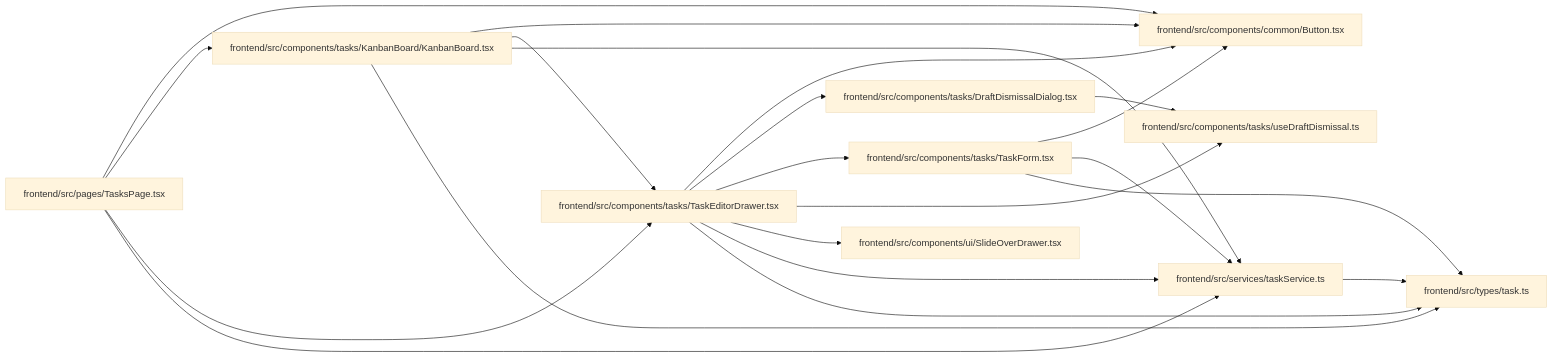
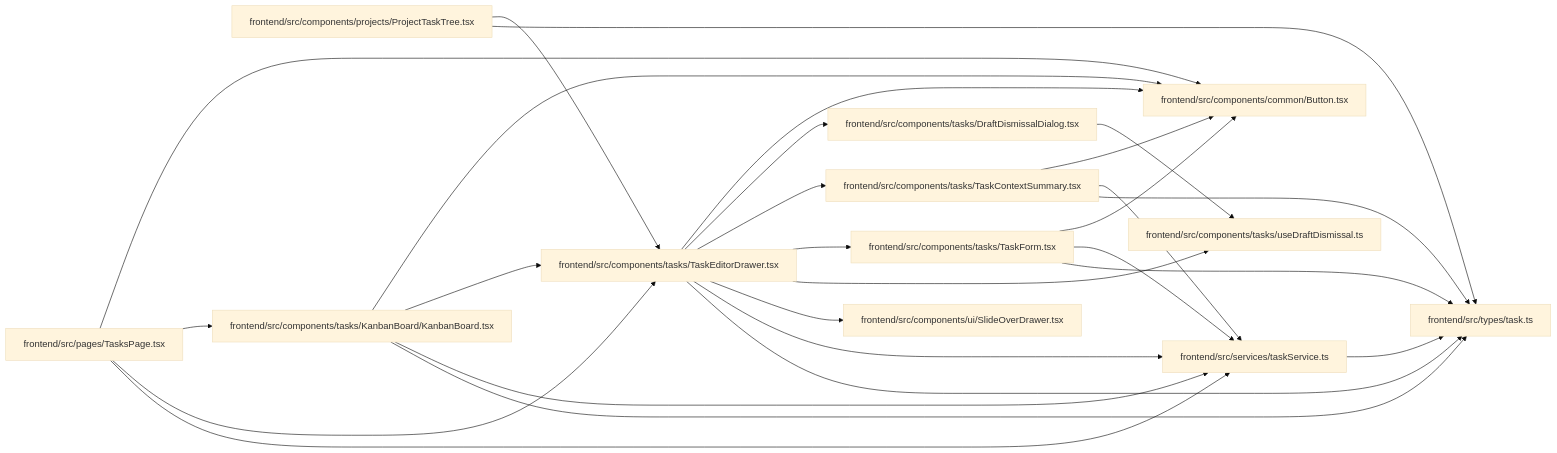
One commit to Denissvgn/WorkChord changed the diagram in docs/llm_wiki/modules/TaskEditorDrawer.md. Above: the diagram before and after it, drawn with Mermaid (base theme). The commit also changed other lines of this file and 1238 other files, not shown here.

First line of the commit message:
docs(wiki): publish compact canonical domain architecture

````diff
--- a/docs/llm_wiki/modules/TaskEditorDrawer.md
+++ b/docs/llm_wiki/modules/TaskEditorDrawer.md
@@ -34,43 +37,53 @@
 ```mermaid
 flowchart LR
     n0["frontend/src/components/common/Button.tsx"]
-    n1["frontend/src/components/tasks/DraftDismissalDialog.tsx"]
-    n2["frontend/src/components/tasks/KanbanBoard/KanbanBoard.tsx"]
-    n3["frontend/src/components/tasks/TaskEditorDrawer.tsx"]
-    n4["frontend/src/components/tasks/TaskForm.tsx"]
-    n5["frontend/src/components/tasks/useDraftDismissal.ts"]
-    n6["frontend/src/components/ui/SlideOverDrawer.tsx"]
-    n7["frontend/src/pages/TasksPage.tsx"]
-    n8["frontend/src/services/taskService.ts"]
-    n9["frontend/src/types/task.ts"]
+    n1["frontend/src/components/projects/ProjectTaskTree.tsx"]
+    n2["frontend/src/components/tasks/DraftDismissalDialog.tsx"]
+    n3["frontend/src/components/tasks/KanbanBoard/KanbanBoard.tsx"]
+    n4["frontend/src/components/tasks/TaskContextSummary.tsx"]
+    n5["frontend/src/components/tasks/TaskEditorDrawer.tsx"]
+    n6["frontend/src/components/tasks/TaskForm.tsx"]
+    n7["frontend/src/components/tasks/useDraftDismissal.ts"]
+    n8["frontend/src/components/ui/SlideOverDrawer.tsx"]
+    n9["frontend/src/pages/TasksPage.tsx"]
+    n10["frontend/src/services/taskService.ts"]
+    n11["frontend/src/types/task.ts"]
     n1 --> n5
-    n2 --> n0
-    n2 --> n3
-    n2 --> n8
-    n2 --> n9
+    n1 --> n11
+    n2 --> n7
     n3 --> n0
-    n3 --> n1
-    n3 --> n4
     n3 --> n5
-    n3 --> n6
-    n3 --> n8
-    n3 --> n9
+    n3 --> n10
+    n3 --> n11
     n4 --> n0
-    n4 --> n8
-    n4 --> n9
-    n7 --> n0
-    n7 --> n2
-    n7 --> n3
-    n7 --> n8
-    n8 --> n9
+    n4 --> n10
+    n4 --> n11
+    n5 --> n0
+    n5 --> n2
+    n5 --> n4
+    n5 --> n6
+    n5 --> n7
+    n5 --> n8
+    n5 --> n10
+    n5 --> n11
+    n6 --> n0
+    n6 --> n10
+    n6 --> n11
+    n9 --> n0
+    n9 --> n3
+    n9 --> n5
+    n9 --> n10
+    n10 --> n11
     click n0 "../modules/Button.md"
-    click n1 "../modules/DraftDismissalDialog.md"
-    click n2 "../modules/KanbanBoard.md"
-    click n3 "../modules/TaskEditorDrawer.md"
-    click n4 "../modules/TaskForm.md"
-    click n5 "../modules/useDraftDismissal.md"
-    click n6 "../modules/SlideOverDrawer.md"
-    click n7 "../modules/TasksPage.md"
-    click n8 "../modules/taskService.md"
-    click n9 "../modules/types_task.md"
+    click n1 "../modules/ProjectTaskTree.md"
+    click n2 "../modules/DraftDismissalDialog.md"
+    click n3 "../modules/KanbanBoard.md"
+    click n4 "../modules/TaskContextSummary.md"
+    click n5 "../modules/TaskEditorDrawer.md"
+    click n6 "../modules/TaskForm.md"
+    click n7 "../modules/useDraftDismissal.md"
+    click n8 "../modules/SlideOverDrawer.md"
+    click n9 "../modules/TasksPage.md"
+    click n10 "../modules/taskService.md"
+    click n11 "../modules/types_task.md"
 ```
````
